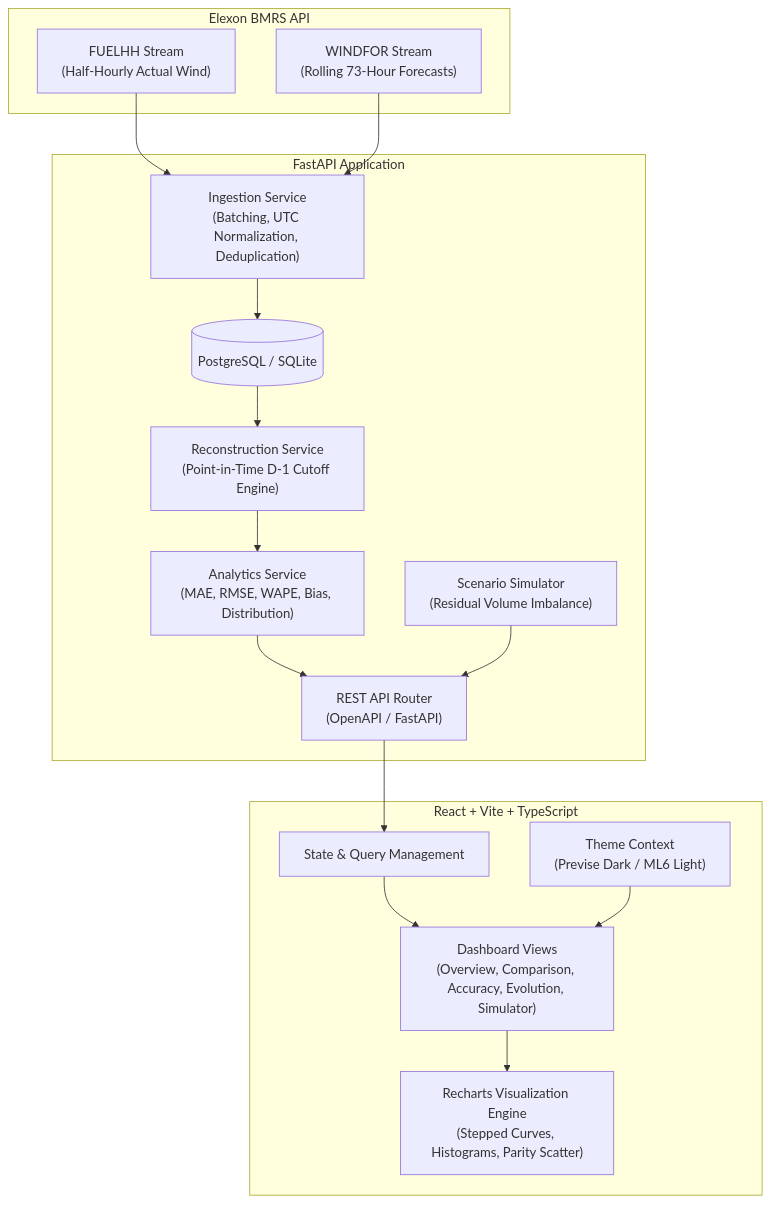
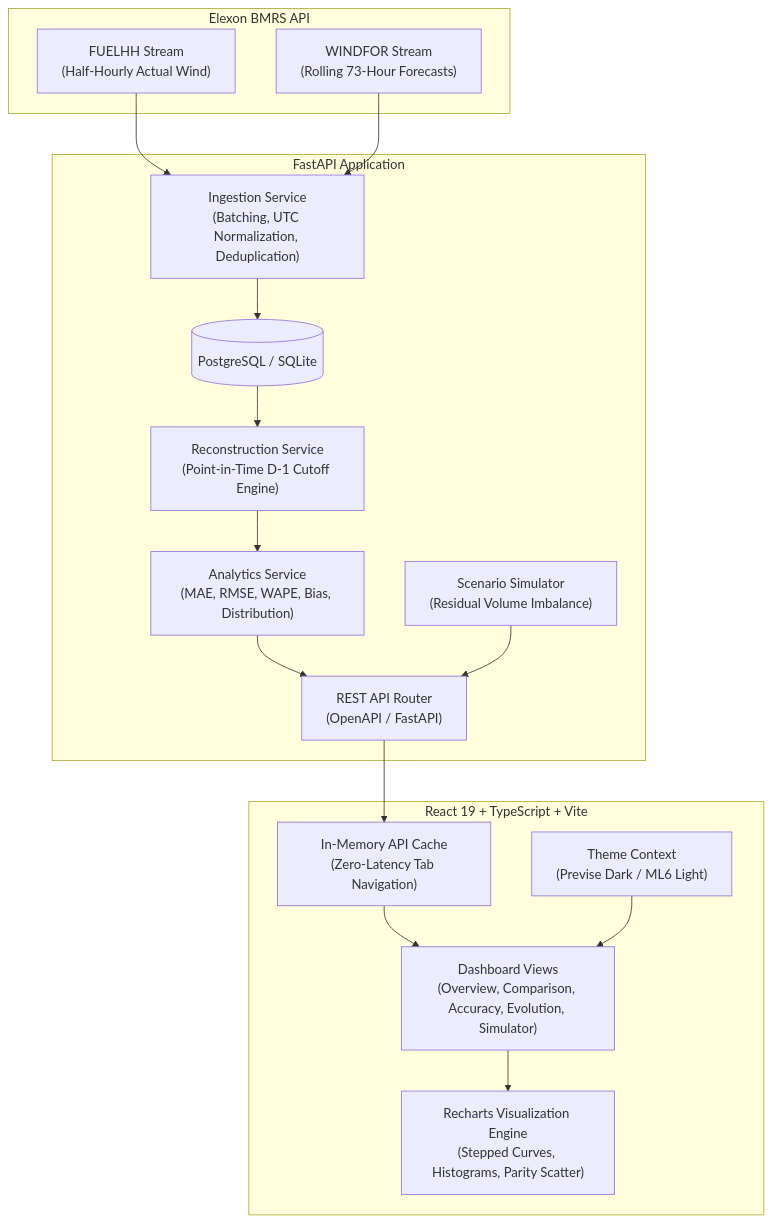
The diagram in README.md (Vara715/e-cosume), drawn with Mermaid before and after one commit. The commit also changed other lines of this file and 4 other files, not shown here.

````diff
--- a/README.md
+++ b/README.md
@@ -58,35 +65,35 @@
 ```mermaid
 flowchart TD
     subgraph Data Sources [Elexon BMRS API]
         FUELHH["FUELHH Stream<br/>(Half-Hourly Actual Wind)"]
         WINDFOR["WINDFOR Stream<br/>(Rolling 73-Hour Forecasts)"]
     end
 
     subgraph Backend [FastAPI Application]
         INGEST["Ingestion Service<br/>(Batching, UTC Normalization, Deduplication)"]
         DB[(PostgreSQL / SQLite)]
         RECON["Reconstruction Service<br/>(Point-in-Time D-1 Cutoff Engine)"]
         ANALYTICS["Analytics Service<br/>(MAE, RMSE, WAPE, Bias, Distribution)"]
         SCENARIO["Scenario Simulator<br/>(Residual Volume Imbalance)"]
         API["REST API Router<br/>(OpenAPI / FastAPI)"]
     end
 
-    subgraph Frontend [React + Vite + TypeScript]
-        ROUTER["State & Query Management"]
+    subgraph Frontend [React 19 + TypeScript + Vite]
+        CACHE["In-Memory API Cache<br/>(Zero-Latency Tab Navigation)"]
         THEME["Theme Context<br/>(Previse Dark / ML6 Light)"]
         VIEWS["Dashboard Views<br/>(Overview, Comparison, Accuracy, Evolution, Simulator)"]
         CHARTS["Recharts Visualization Engine<br/>(Stepped Curves, Histograms, Parity Scatter)"]
     end
 
     FUELHH --> INGEST
     WINDFOR --> INGEST
     INGEST --> DB
     DB --> RECON
     RECON --> ANALYTICS
     ANALYTICS --> API
     SCENARIO --> API
-    API --> ROUTER
-    ROUTER --> VIEWS
+    API --> CACHE
+    CACHE --> VIEWS
     THEME --> VIEWS
     VIEWS --> CHARTS
 ```
````
